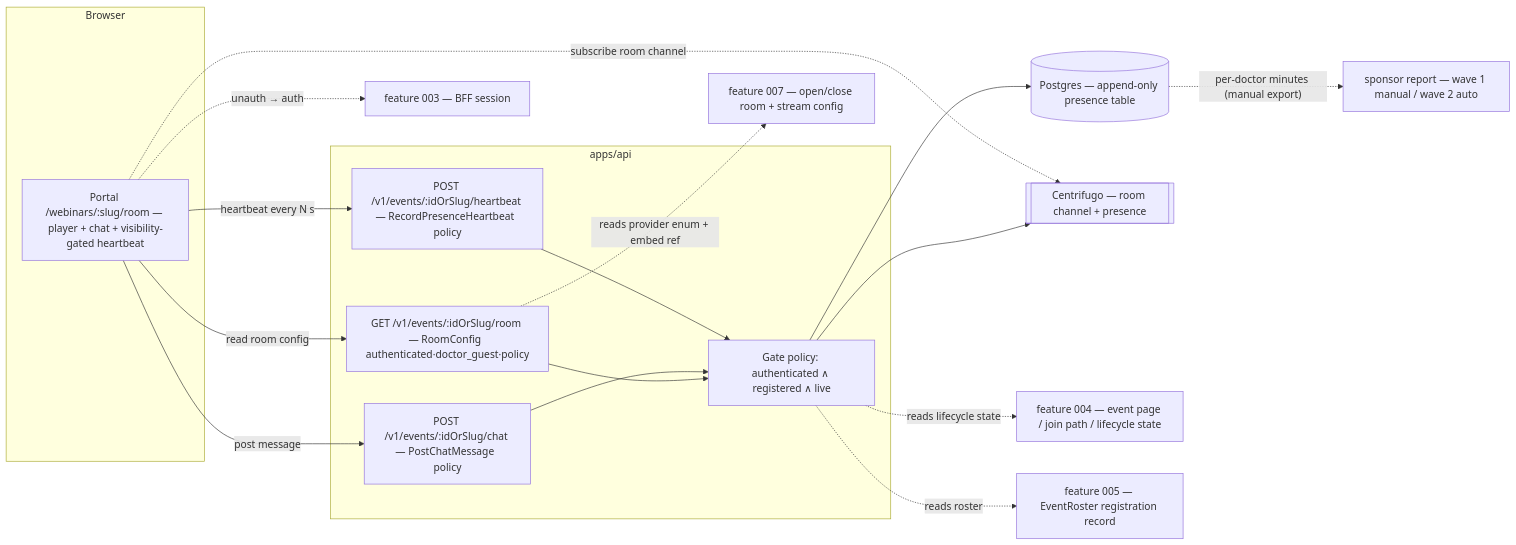
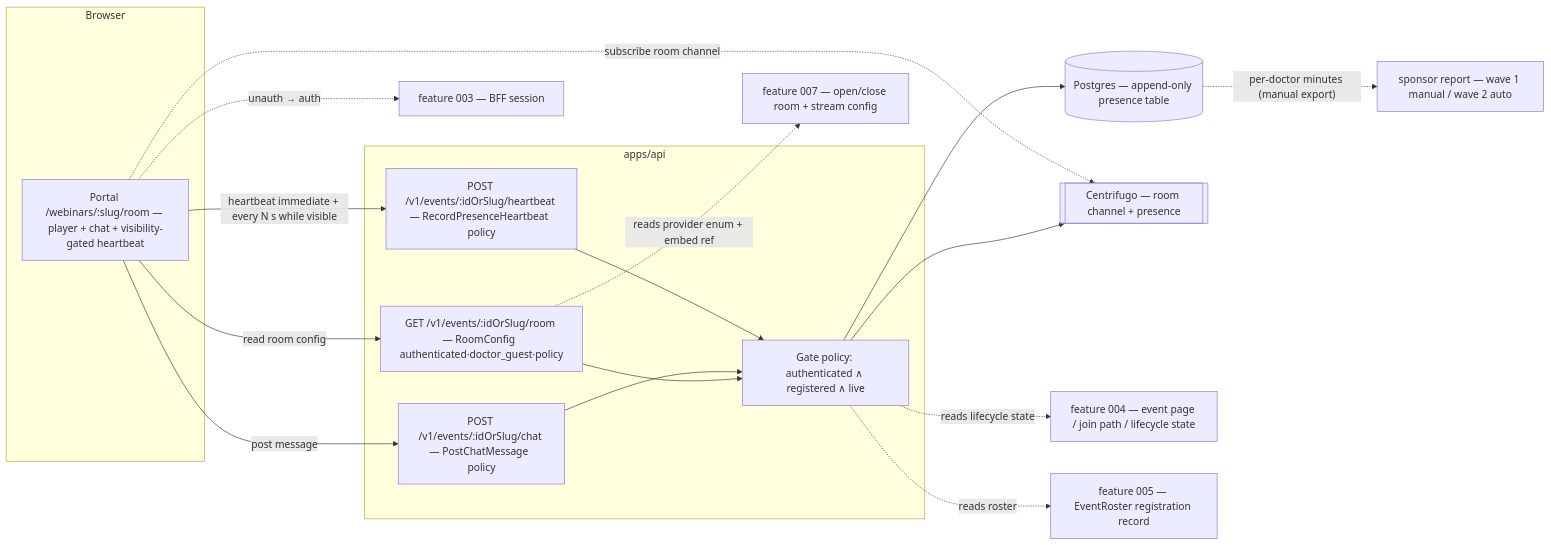
The first of 9 diagrams in apps/docs/content/specs/features/006-webinar-room/006-design.md (doctor-school/ds-platform), drawn with Mermaid before and after one commit. The commit also changed 8 other files, not shown here.

````diff
--- a/apps/docs/content/specs/features/006-webinar-room/006-design.md
+++ b/apps/docs/content/specs/features/006-webinar-room/006-design.md
@@ -16,28 +16,28 @@
 ```mermaid
 flowchart LR
   subgraph Browser
     RM[Portal /webinars/:slug/room — player + chat + visibility-gated heartbeat]
   end
   subgraph apps_api[apps/api]
     Q1[GET /v1/events/:idOrSlug/room — RoomConfig  authenticated·doctor_guest·policy]
     C1[POST /v1/events/:idOrSlug/chat — PostChatMessage  policy]
     C2[POST /v1/events/:idOrSlug/heartbeat — RecordPresenceHeartbeat  policy]
     GATE[Gate policy: authenticated ∧ registered ∧ live]
   end
   PG[(Postgres — append-only presence table)]
   CF[[Centrifugo — room channel + presence]]
   AUTH[feature 003 — BFF session]
   P004[feature 004 — event page / join path / lifecycle state]
   P005[feature 005 — EventRoster registration record]
   W007[feature 007 — open/close room + stream config]
 
   RM -->|read room config| Q1 --> GATE
   RM -->|post message| C1 --> GATE --> CF
-  RM -->|heartbeat every N s| C2 --> GATE --> PG
+  RM -->|heartbeat immediate + every N s while visible| C2 --> GATE --> PG
   GATE -. reads roster .-> P005
   GATE -. reads lifecycle state .-> P004
   Q1 -. reads provider enum + embed ref .-> W007
   RM -. subscribe room channel .-> CF
   RM -. unauth → auth .-> AUTH
   PG -. per-doctor minutes (manual export) .-> RPT[sponsor report — wave 1 manual / wave 2 auto]
 ```
````
